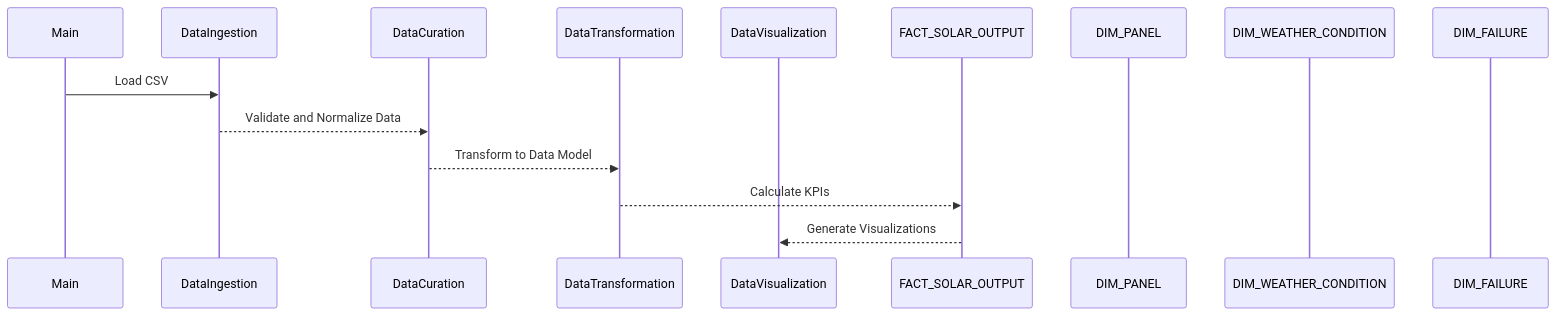
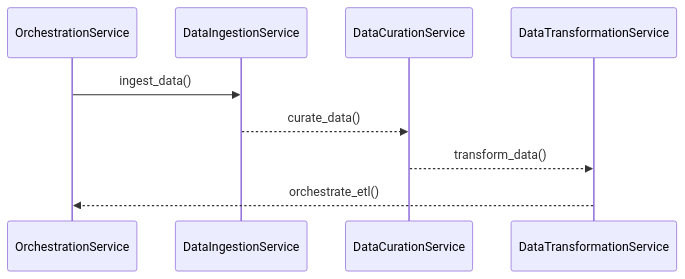
Before and after one commit to selin-k/bi_report_project: the second of 2 diagrams in docs/sdd.md, drawn with Mermaid. The commit also changed other lines of this file and 19 other files, not shown here.

````diff
--- a/docs/sdd.md
+++ b/docs/sdd.md
@@ -84,18 +50,12 @@
 ```mermaid
 sequenceDiagram
-    participant Main as Main
-    participant Ingestion as DataIngestion
-    participant Curation as DataCuration
-    participant Transformation as DataTransformation
-    participant Visualization as DataVisualization
-    participant FACT_SOLAR_OUTPUT as FACT_SOLAR_OUTPUT
-    participant DIM_PANEL as DIM_PANEL
-    participant DIM_WEATHER_CONDITION as DIM_WEATHER_CONDITION
-    participant DIM_FAILURE as DIM_FAILURE
+    participant Orchestration as OrchestrationService
+    participant Ingestion as DataIngestionService
+    participant Curation as DataCurationService
+    participant Transformation as DataTransformationService
 
-    Main->>Ingestion: Load CSV
-    Ingestion-->>Curation: Validate and Normalize Data
-    Curation-->>Transformation: Transform to Data Model
-    Transformation-->>FACT_SOLAR_OUTPUT: Calculate KPIs
-    FACT_SOLAR_OUTPUT-->>Visualization: Generate Visualizations
+    Orchestration->>Ingestion: ingest_data()
+    Ingestion-->>Curation: curate_data()
+    Curation-->>Transformation: transform_data()
+    Transformation-->>Orchestration: orchestrate_etl()
 ```
````
